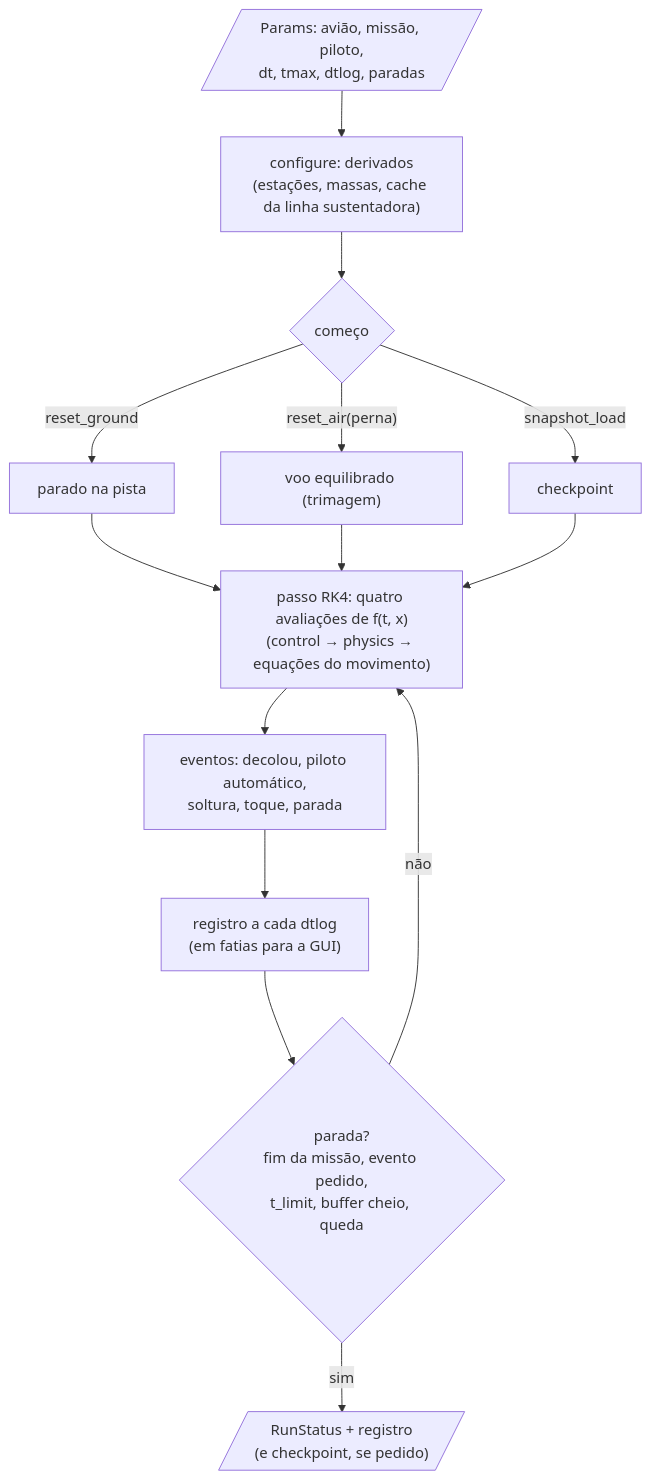
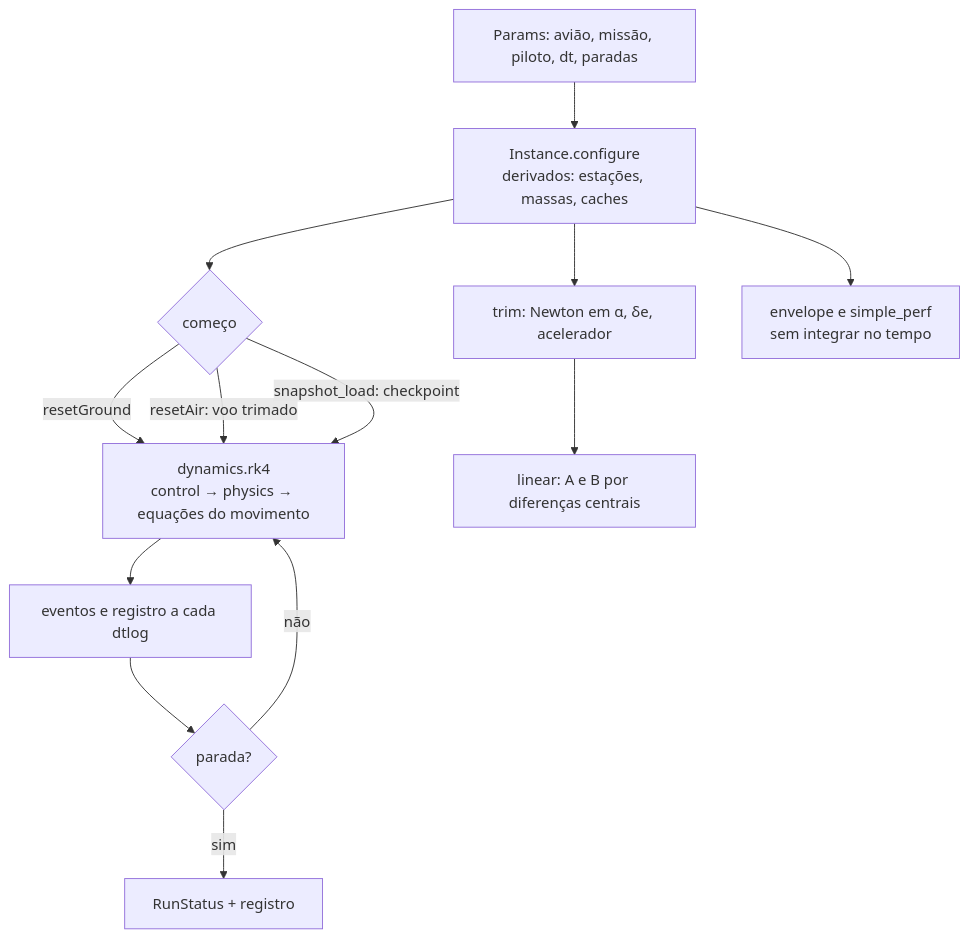
The diagram in core/src/sim/README.md (vitordallolivo/AircraftSimulation), drawn with Mermaid before and after one commit. The commit also changed other lines of this file, not shown here.

First line of the commit message:
README da integração no tempo corrido como livro, com a saída do exemplo

````diff
--- a/core/src/sim/README.md
+++ b/core/src/sim/README.md
@@ -29,16 +10,15 @@
 ```mermaid
-flowchart TD
-    P[/"Params: avião, missão, piloto,<br/>dt, tmax, dtlog, paradas"/] --> CF["configure: derivados<br/>(estações, massas, cache da linha sustentadora)"]
+flowchart TB
+    P["Params: avião, missão, piloto, dt, paradas"] --> CF["Instance.configure<br/>derivados: estações, massas, caches"]
     CF --> R0{"começo"}
-    R0 -->|"reset_ground"| G["parado na pista"]
-    R0 -->|"reset_air(perna)"| A["voo equilibrado (trimagem)"]
-    R0 -->|"snapshot_load"| K["checkpoint"]
-    G --> STEP
-    A --> STEP
-    K --> STEP
-    STEP["passo RK4: quatro avaliações de f(t, x)<br/>(control → physics → equações do movimento)"] --> EV["eventos: decolou, piloto automático,<br/>soltura, toque, parada"]
-    EV --> LOG["registro a cada dtlog<br/>(em fatias para a GUI)"]
-    LOG --> STOP{"parada?<br/>fim da missão, evento pedido,<br/>t_limit, buffer cheio, queda"}
+    R0 -->|"resetGround"| STEP
+    R0 -->|"resetAir: voo trimado"| STEP
+    R0 -->|"snapshot_load: checkpoint"| STEP
+    STEP["dynamics.rk4<br/>control → physics → equações do movimento"] --> EV["eventos e registro a cada dtlog"]
+    EV --> STOP{"parada?"}
     STOP -->|"não"| STEP
-    STOP -->|"sim"| OUT[/"RunStatus + registro<br/>(e checkpoint, se pedido)"/]
+    STOP -->|"sim"| OUT["RunStatus + registro"]
+    CF --> TR["trim: Newton em α, δe, acelerador"]
+    TR --> LIN["linear: A e B por diferenças centrais"]
+    CF --> ENV["envelope e simple_perf<br/>sem integrar no tempo"]
 ```
````
